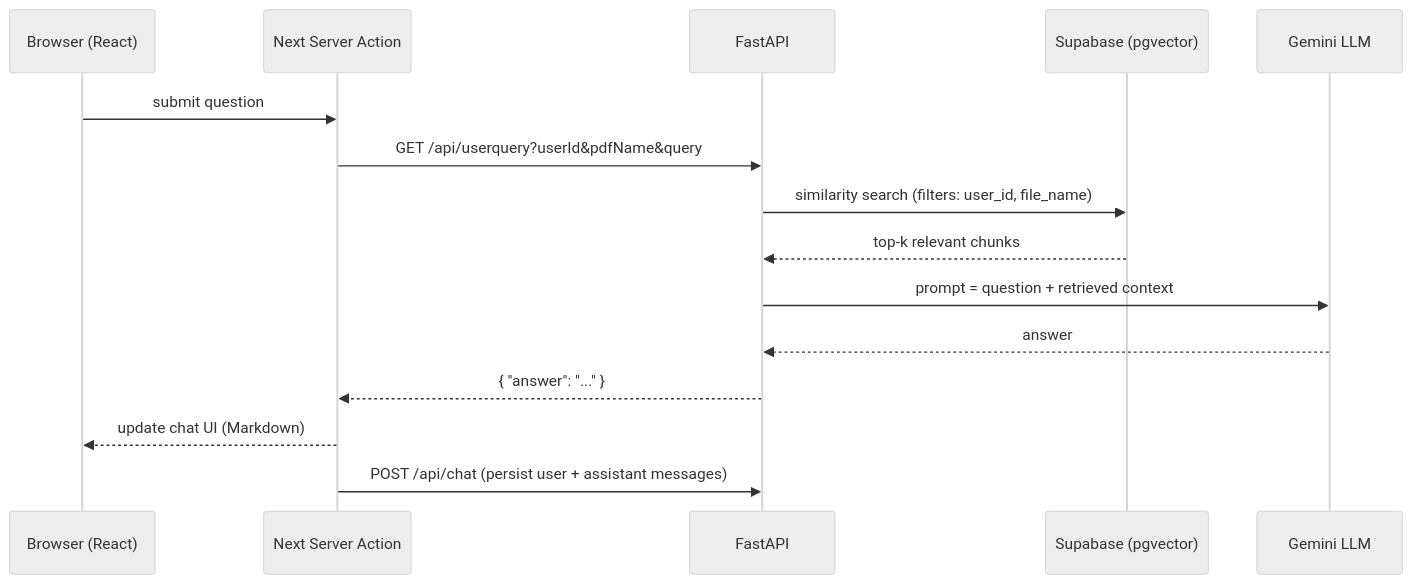
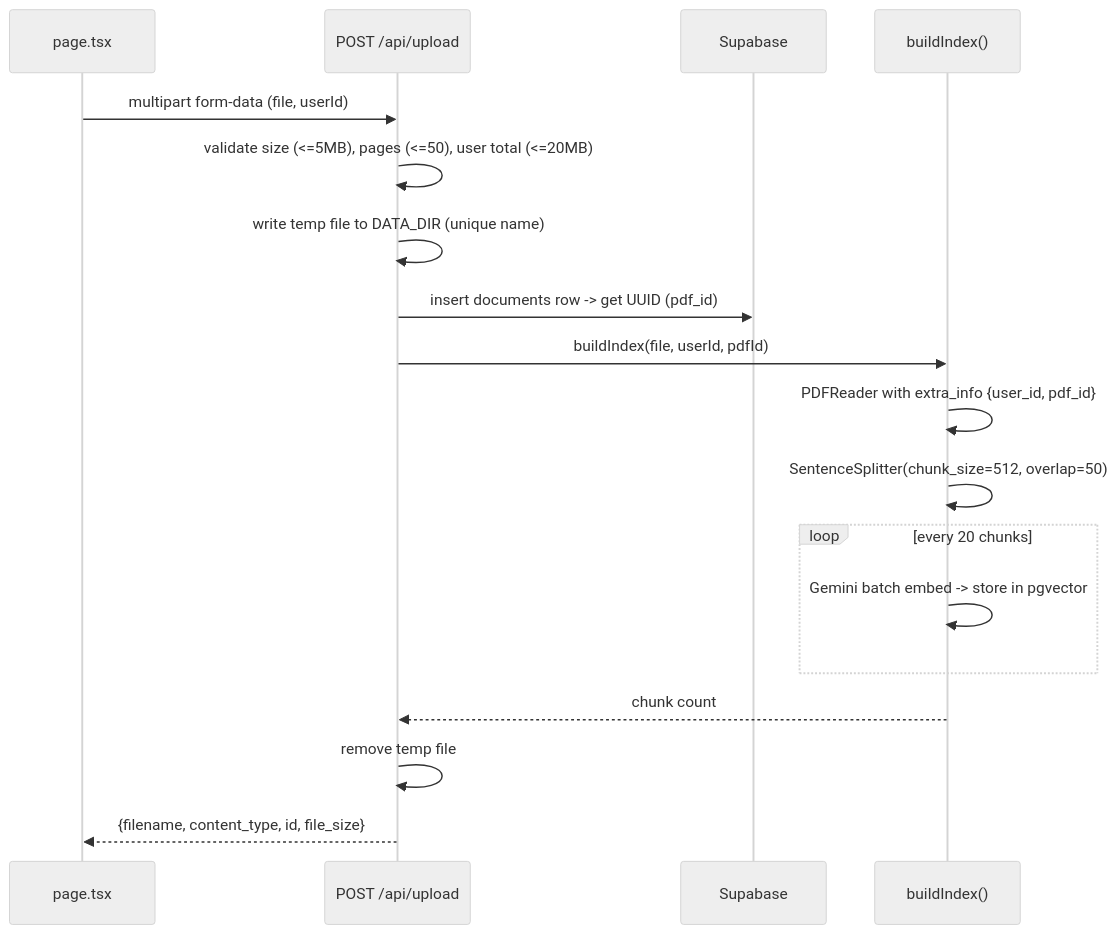
Before and after one commit to aadityasingh9601/ChatPdf: the second of 2 diagrams in README.md, drawn with Mermaid (neutral theme). The commit also changed other lines of this file and 1 other file, not shown here.

````diff
--- a/README.md
+++ b/README.md
@@ -178,18 +101,21 @@
 ```mermaid
 sequenceDiagram
-    participant U as Browser (React)
-    participant SA as Next Server Action
-    participant F as FastAPI
-    participant PG as Supabase (pgvector)
-    participant GEN as Gemini LLM
+    participant UI as page.tsx
+    participant API as POST /api/upload
+    participant DB as Supabase
+    participant IDX as buildIndex()
 
-    U->>SA: submit question
-    SA->>F: GET /api/userquery?userId&pdfName&query
-    F->>PG: similarity search (filters: user_id, file_name)
-    PG-->>F: top-k relevant chunks
-    F->>GEN: prompt = question + retrieved context
-    GEN-->>F: answer
-    F-->>SA: { "answer": "..." }
-    SA-->>U: update chat UI (Markdown)
-    SA->>F: POST /api/chat (persist user + assistant messages)
+    UI->>API: multipart form-data (file, userId)
+    API->>API: validate size (<=5MB), pages (<=50), user total (<=20MB)
+    API->>API: write temp file to DATA_DIR (unique name)
+    API->>DB: insert documents row -> get UUID (pdf_id)
+    API->>IDX: buildIndex(file, userId, pdfId)
+    IDX->>IDX: PDFReader with extra_info {user_id, pdf_id}
+    IDX->>IDX: SentenceSplitter(chunk_size=512, overlap=50)
+    loop every 20 chunks
+        IDX->>IDX: Gemini batch embed -> store in pgvector
+    end
+    IDX-->>API: chunk count
+    API->>API: remove temp file
+    API-->>UI: {filename, content_type, id, file_size}
 ```
````
